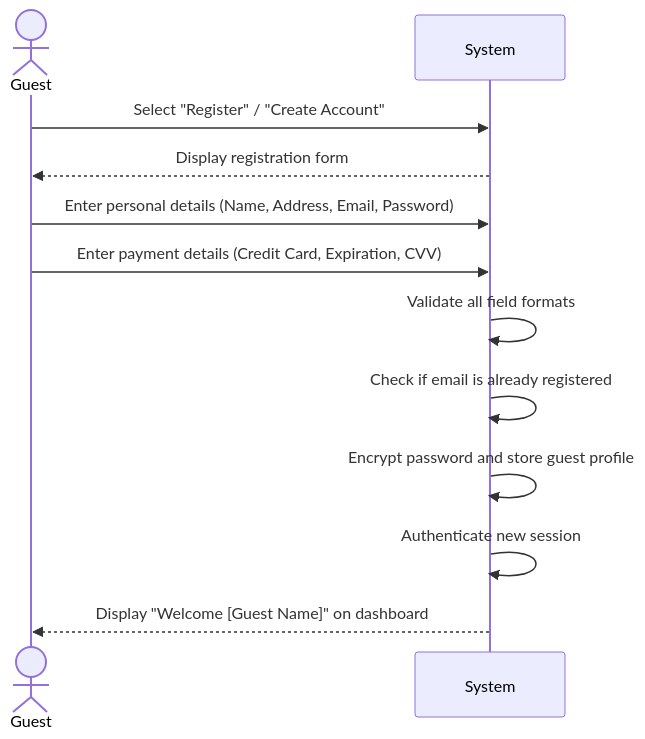
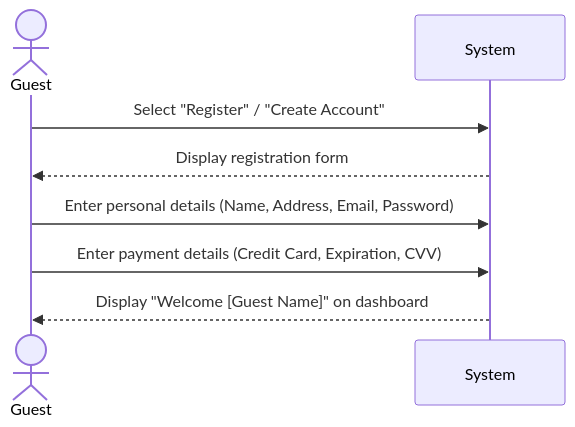
The diagram in Documentation/User-Cases/GuestRegistrationAuthentication.md (JaceYar/Software1-Proj), drawn with Mermaid before and after one commit. The commit also changed other lines of this file and 17 other files, not shown here.

````diff
--- a/Documentation/User-Cases/GuestRegistrationAuthentication.md
+++ b/Documentation/User-Cases/GuestRegistrationAuthentication.md
@@ -11,15 +11,11 @@
 ```mermaid
 sequenceDiagram
     actor Guest
     participant System
 
     Guest->>System: Select "Register" / "Create Account"
     System-->>Guest: Display registration form
     Guest->>System: Enter personal details (Name, Address, Email, Password)
     Guest->>System: Enter payment details (Credit Card, Expiration, CVV)
-    System->>System: Validate all field formats
-    System->>System: Check if email is already registered
-    System->>System: Encrypt password and store guest profile
-    System->>System: Authenticate new session
     System-->>Guest: Display "Welcome [Guest Name]" on dashboard
 ```
````
